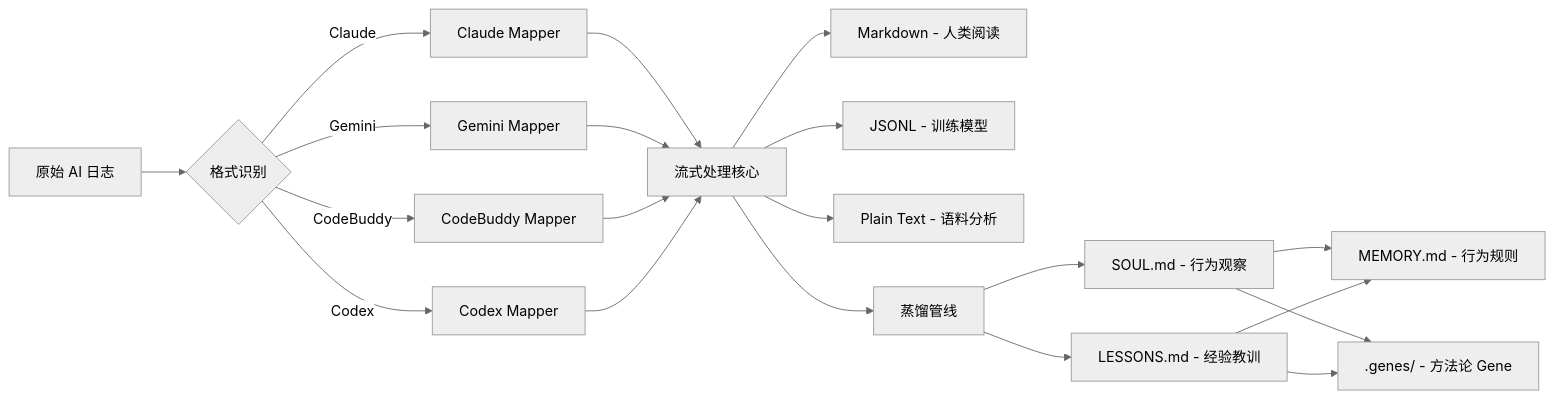
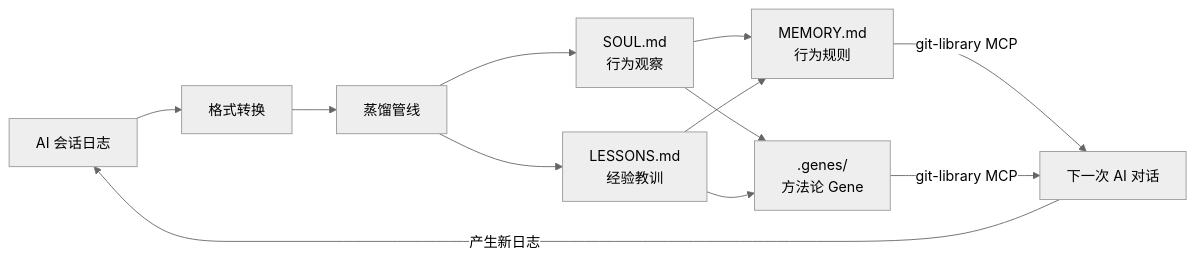
Before and after one commit to life-is-blue/ai-log-converter: the diagram in README.md, drawn with Mermaid (neutral theme). The commit also changed other lines of this file and 4 other files, not shown here.

First line of the commit message:
fix: add MEMORY_SKELETON + sync docs with code

````diff
--- a/README.md
+++ b/README.md
@@ -13,17 +11,11 @@
 ```mermaid
 graph LR
-    A[原始 AI 日志] --> B{格式识别}
-    B -- Claude --> C[Claude Mapper]
-    B -- Gemini --> D[Gemini Mapper]
-    B -- CodeBuddy --> E[CodeBuddy Mapper]
-    B -- Codex --> F[Codex Mapper]
-    C & D & E & F --> G[流式处理核心]
-    G --> H[Markdown - 人类阅读]
-    G --> I[JSONL - 训练模型]
-    G --> J[Plain Text - 语料分析]
-    G --> K[蒸馏管线]
-    K --> L[SOUL.md - 行为观察]
-    K --> M[LESSONS.md - 经验教训]
-    L & M --> N[MEMORY.md - 行为规则]
-    L & M --> O[.genes/ - 方法论 Gene]
+    A[AI 会话日志] --> B[格式转换]
+    B --> C[蒸馏管线]
+    C --> D[SOUL.md<br/>行为观察]
+    C --> E[LESSONS.md<br/>经验教训]
+    D & E --> F[MEMORY.md<br/>行为规则]
+    D & E --> G[.genes/<br/>方法论 Gene]
+    F & G -->|git-library MCP| H[下一次 AI 对话]
+    H -->|产生新日志| A
 ```
````
